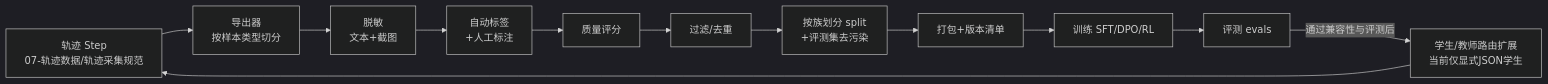
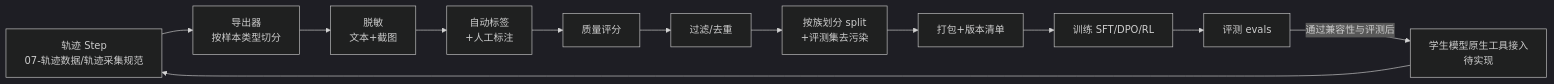
One commit to BUPTtsy/TraceFix-Agent changed the diagram in docs/产品说明手册/07-轨迹数据/SFT与RL数据生产.md. Above: the diagram before and after it, drawn with Mermaid (dark theme). The commit also changed other lines of this file and 13 other files, not shown here.

````diff
--- a/docs/产品说明手册/07-轨迹数据/SFT与RL数据生产.md
+++ b/docs/产品说明手册/07-轨迹数据/SFT与RL数据生产.md
@@ -30,14 +30,14 @@
 ```mermaid
 flowchart LR
   A[轨迹 Step<br/>07-轨迹数据/轨迹采集规范] --> B[导出器<br/>按样本类型切分]
   B --> C[脱敏<br/>文本+截图]
   C --> D[自动标签<br/>+人工标注]
   D --> E[质量评分]
   E --> F[过滤/去重]
   F --> G[按族划分 split<br/>+评测集去污染]
   G --> H[打包+版本清单]
   H --> I[训练 SFT/DPO/RL]
   I --> J[评测 evals]
-  J -->|通过兼容性与评测后| K[学生/教师路由扩展<br/>当前仅显式JSON学生]
+  J -->|通过兼容性与评测后| K[学生模型原生工具接入<br/>待实现]
   K --> A
 ```
````
